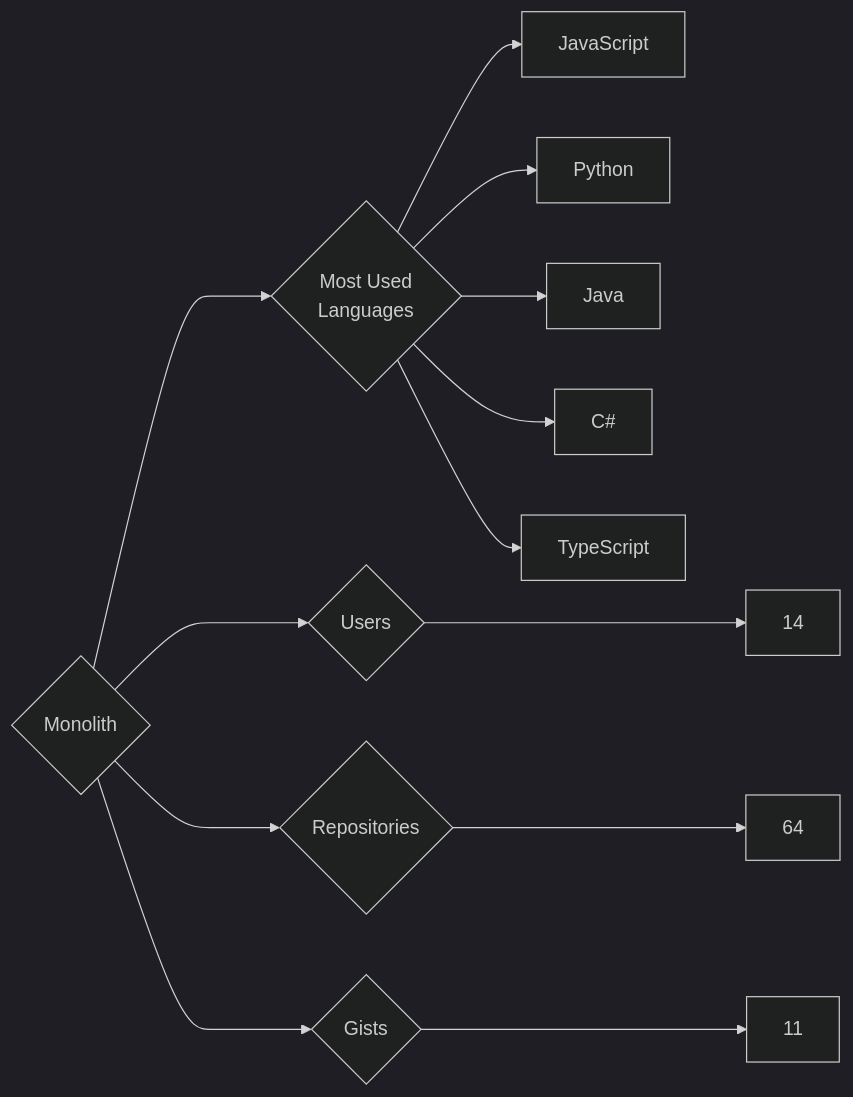
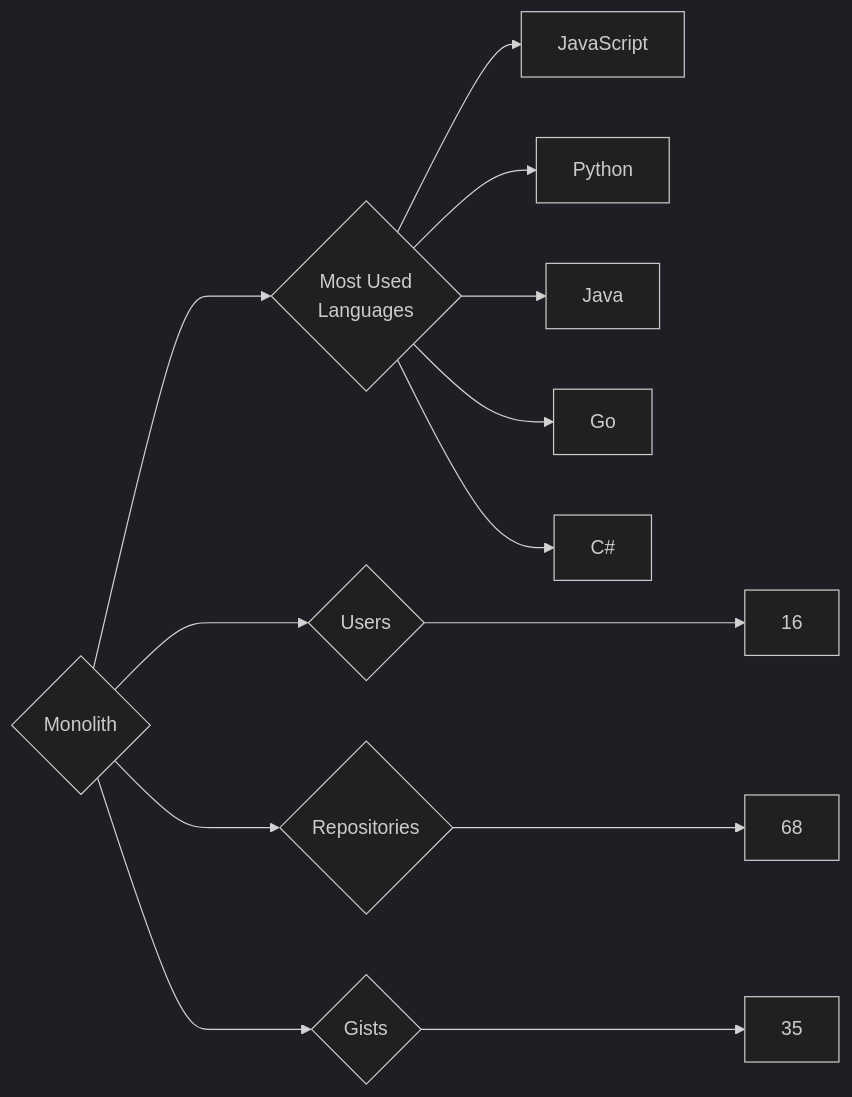
One commit to trickest/insiders changed the diagram in targets/Monolith/README.md. Above: the diagram before and after it, drawn with Mermaid (dark theme). The commit also changed 939 other files, not shown here.

````diff
--- a/targets/Monolith/README.md
+++ b/targets/Monolith/README.md
@@ -3,13 +3,13 @@
 ```mermaid
 graph LR
 COMPANY_NAME{Monolith}
-COMPANY_NAME ---> U{Users} ---> UN[14]
-COMPANY_NAME ---> R{Repositories} ---> RN[64]
-COMPANY_NAME ---> G{Gists} ---> GN[11]
+COMPANY_NAME ---> U{Users} ---> UN[16]
+COMPANY_NAME ---> R{Repositories} ---> RN[68]
+COMPANY_NAME ---> G{Gists} ---> GN[35]
 COMPANY_NAME ---> ML{Most Used<br>Languages}
 ML --> JavaScript[JavaScript]
 ML --> Python[Python]
 ML --> Java[Java]
+ML --> Go[Go]
 ML --> C#[C#]
-ML --> TypeScript[TypeScript]
 ```
````
